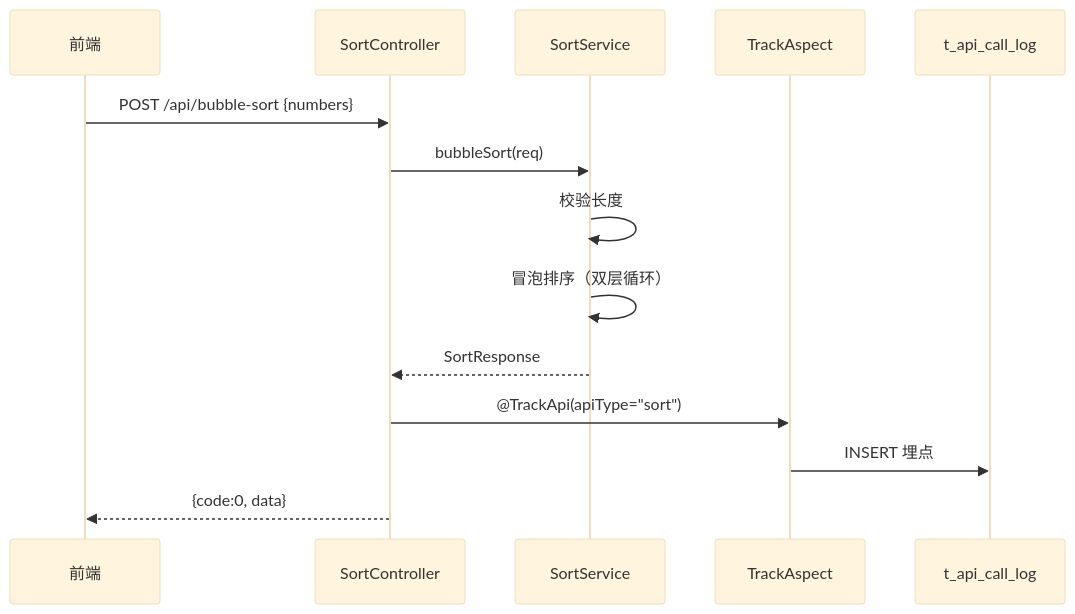
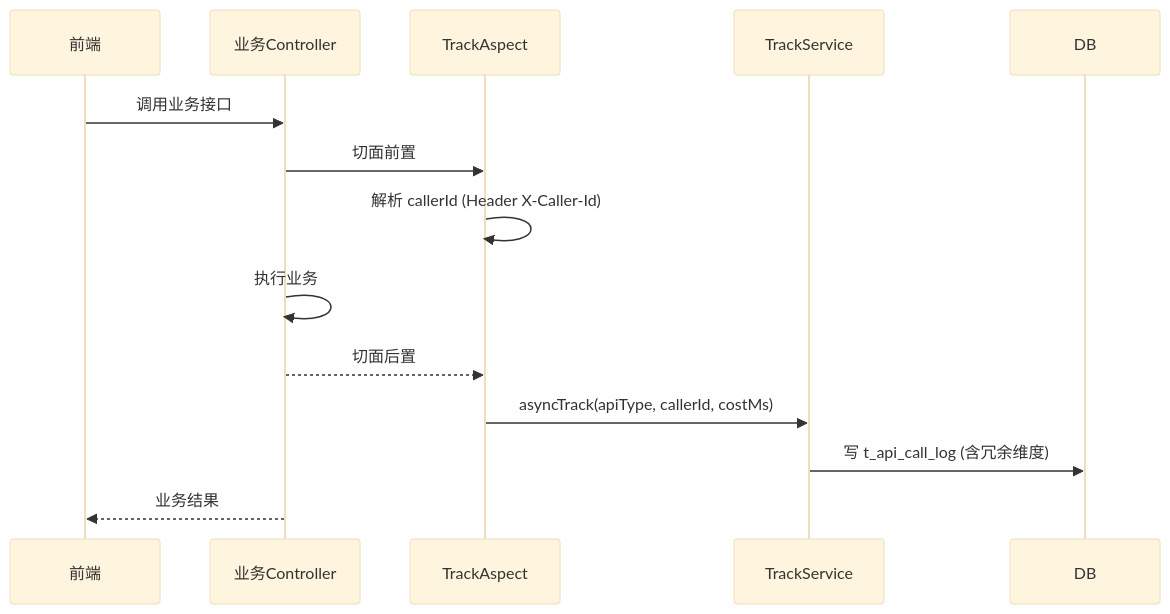
Before and after one commit to PH2498/ArmBasic: the fifth of 5 diagrams in .agents/system.changes/design.md, drawn with Mermaid (base theme). The commit also changed other lines of this file, not shown here.

````diff
--- a/.agents/system.changes/design.md
+++ b/.agents/system.changes/design.md
@@ -483,16 +568,16 @@
 ```mermaid
 sequenceDiagram
     participant FE as 前端
-    participant C as SortController
-    participant S as SortService
-    participant AOP as TrackAspect
-    participant DB as t_api_call_log
-    FE->>C: POST /api/bubble-sort {numbers}
-    C->>S: bubbleSort(req)
-    S->>S: 校验长度
-    S->>S: 冒泡排序（双层循环）
-    S-->>C: SortResponse
-    C->>AOP: @TrackApi(apiType="sort")
-    AOP->>DB: INSERT 埋点
-    C-->>FE: {code:0, data}
+    participant C as 业务Controller
+    participant A as TrackAspect
+    participant TS as TrackService
+    participant DB as DB
+    FE->>C: 调用业务接口
+    C->>A: 切面前置
+    A->>A: 解析 callerId (Header X-Caller-Id)
+    C->>C: 执行业务
+    C-->>A: 切面后置
+    A->>TS: asyncTrack(apiType, callerId, costMs)
+    TS->>DB: 写 t_api_call_log (含冗余维度)
+    C-->>FE: 业务结果
 ```
````
